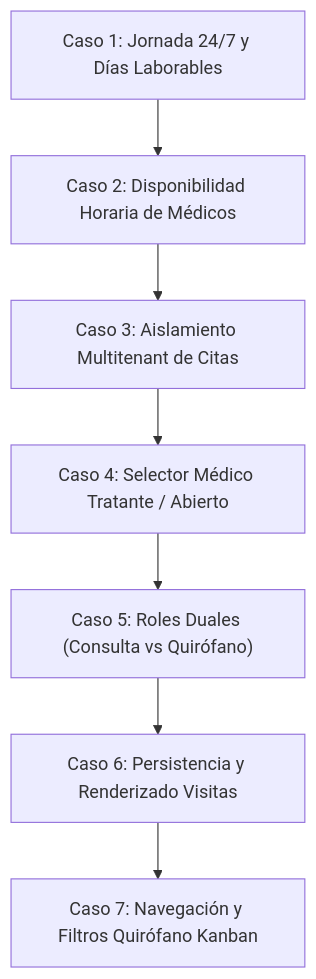
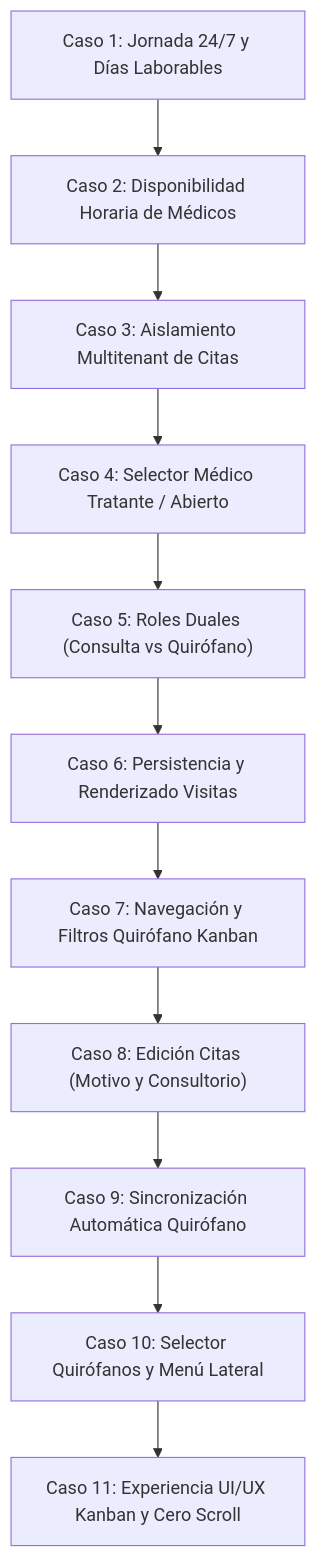
Before and after one commit to geisabpagit-bit/ospulso: the diagram in docs/04_standards_and_ops/guion_pruebas_agenda_quirofano.md, drawn with Mermaid. The commit also changed other lines of this file and 4 other files, not shown here.

Commit message:
feat(quirofano-kanban): refactorizar a CSS grid fluido sin scroll horizontal, kpis y blueprint de trazabilidad

````diff
--- a/docs/04_standards_and_ops/guion_pruebas_agenda_quirofano.md
+++ b/docs/04_standards_and_ops/guion_pruebas_agenda_quirofano.md
@@ -70,9 +71,13 @@
 ```mermaid
 graph TD
     CP1["Caso 1: Jornada 24/7 y Días Laborables"] --> CP2["Caso 2: Disponibilidad Horaria de Médicos"]
     CP2 --> CP3["Caso 3: Aislamiento Multitenant de Citas"]
     CP3 --> CP4["Caso 4: Selector Médico Tratante / Abierto"]
     CP4 --> CP5["Caso 5: Roles Duales (Consulta vs Quirófano)"]
     CP5 --> CP6["Caso 6: Persistencia y Renderizado Visitas"]
     CP6 --> CP7["Caso 7: Navegación y Filtros Quirófano Kanban"]
+    CP7 --> CP8["Caso 8: Edición Citas (Motivo y Consultorio)"]
+    CP8 --> CP9["Caso 9: Sincronización Automática Quirófano"]
+    CP9 --> CP10["Caso 10: Selector Quirófanos y Menú Lateral"]
+    CP10 --> CP11["Caso 11: Experiencia UI/UX Kanban y Cero Scroll"]
 ```
````
